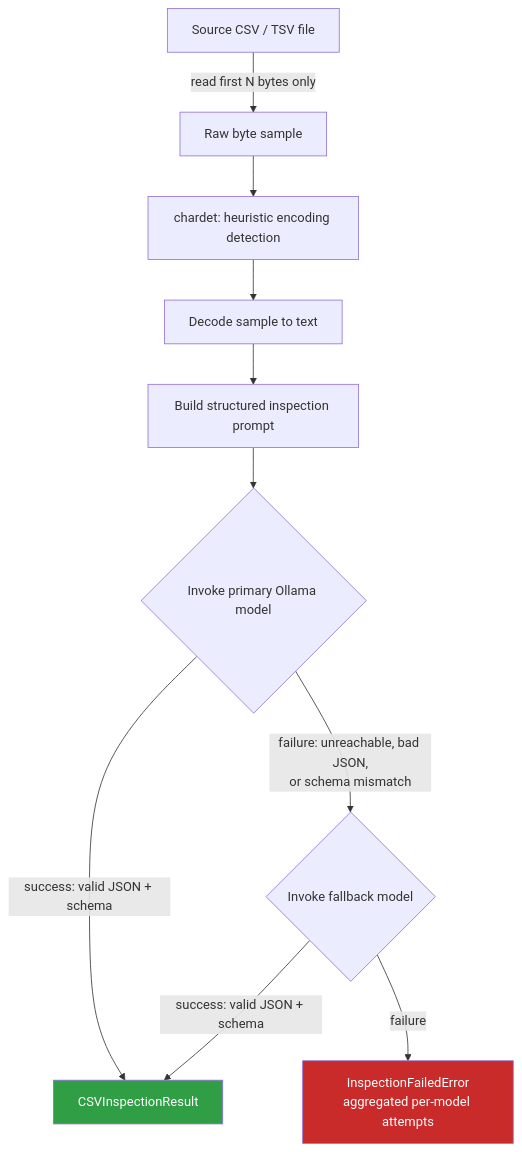
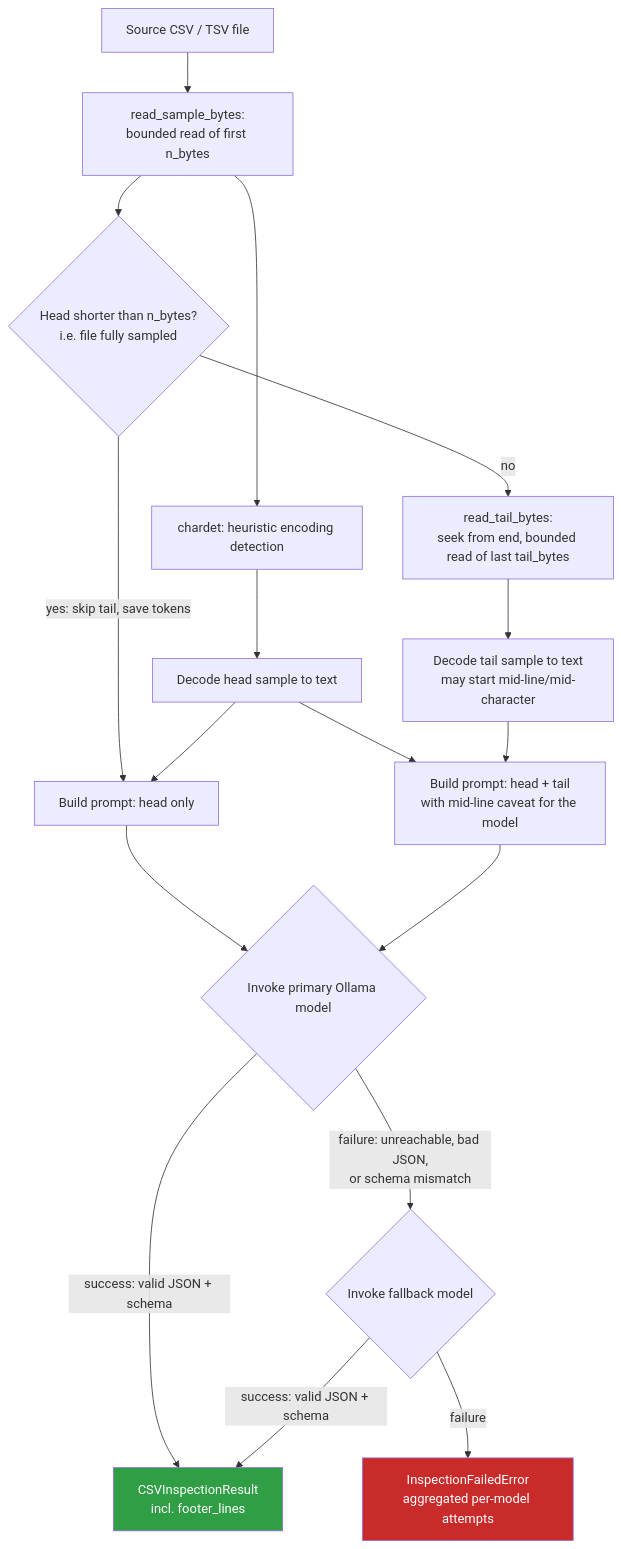
Before and after one commit to deluispablo/data-agent-toolkit: the diagram in README.md, drawn with Mermaid. The commit also changed other lines of this file and 36 other files, not shown here.

````diff
--- a/README.md
+++ b/README.md
@@ -67,15 +77,22 @@
 ```mermaid
 flowchart TD
-    A[Source CSV / TSV file] -->|read first N bytes only| B[Raw byte sample]
+    A[Source CSV / TSV file] --> B[read_sample_bytes:<br/>bounded read of first n_bytes]
     B --> C[chardet: heuristic encoding detection]
-    C --> D[Decode sample to text]
-    D --> E[Build structured inspection prompt]
-    E --> F{Invoke primary Ollama model}
-    F -->|success: valid JSON + schema| L[CSVInspectionResult]
+    C --> D[Decode head sample to text]
+    B --> COND{Head shorter than n_bytes?<br/>i.e. file fully sampled}
+    COND -->|yes: skip tail, save tokens| E1[Build prompt: head only]
+    COND -->|no| T[read_tail_bytes:<br/>seek from end, bounded read of last tail_bytes]
+    T --> T2[Decode tail sample to text<br/>may start mid-line/mid-character]
+    D --> E1
+    D --> E2[Build prompt: head + tail<br/>with mid-line caveat for the model]
+    T2 --> E2
+    E1 --> F{Invoke primary Ollama model}
+    E2 --> F
+    F -->|success: valid JSON + schema| L[CSVInspectionResult<br/>incl. footer_lines]
     F -->|failure: unreachable, bad JSON,<br/>or schema mismatch| G{Invoke fallback model}
     G -->|success: valid JSON + schema| L
     G -->|failure| H[InspectionFailedError<br/>aggregated per-model attempts]
 
     style L fill:#2f9e44,color:#fff
     style H fill:#c92a2a,color:#fff
 ```
````
